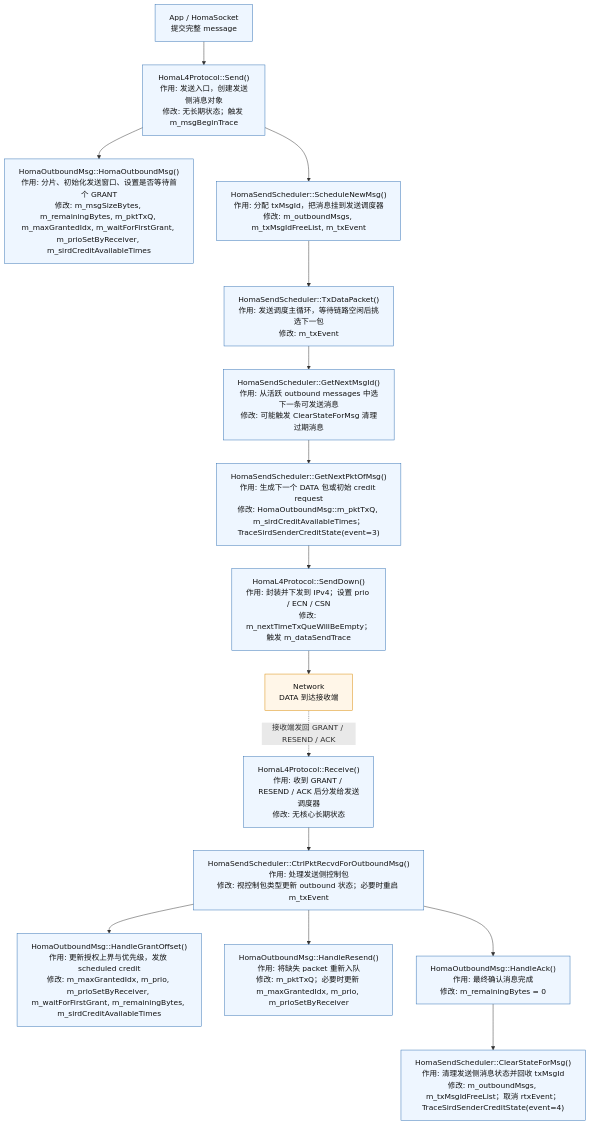
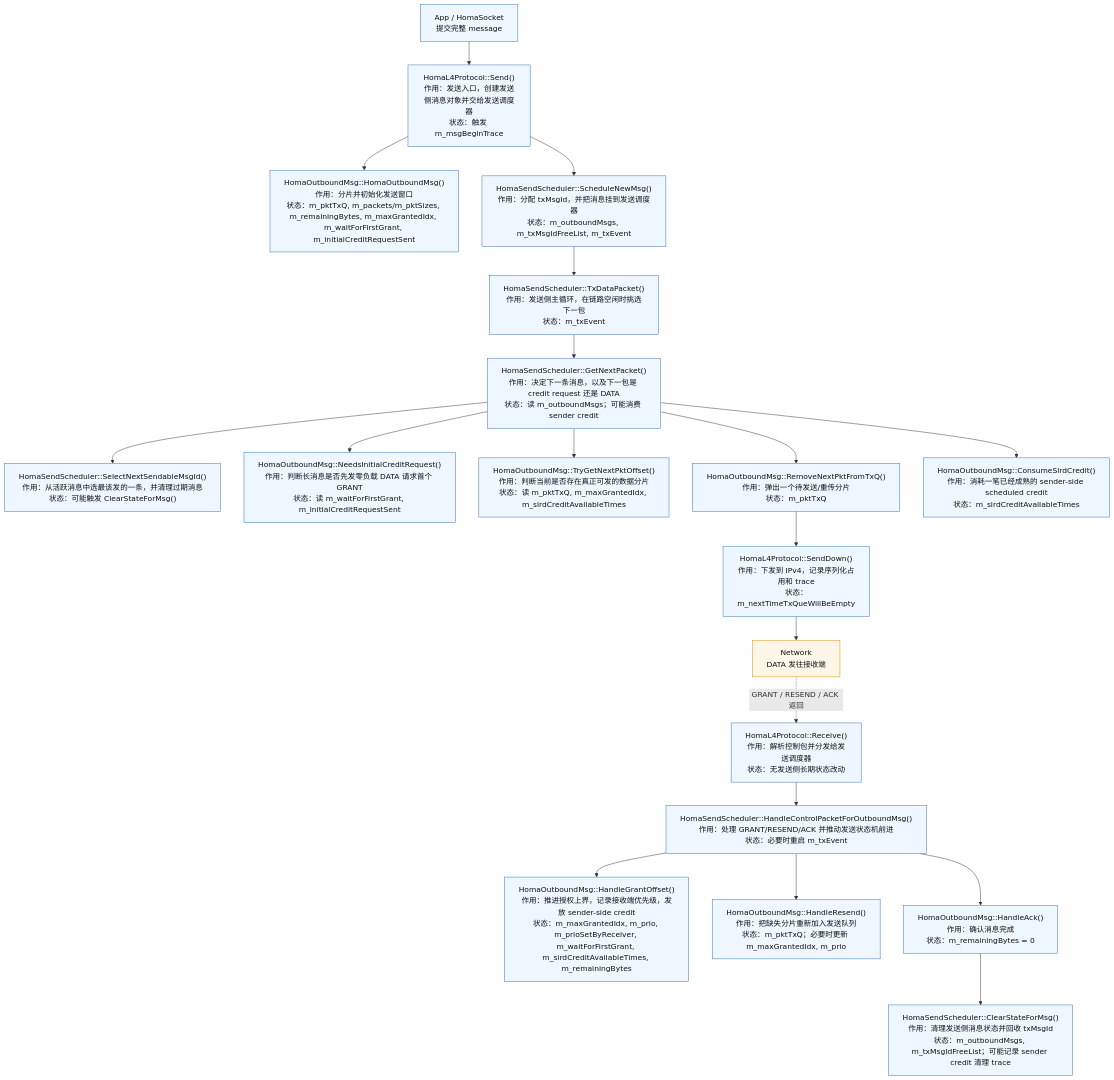
One commit to chendaichun/HomaL4Protocol-ns-3 changed the first of 2 diagrams in docs/homa_send_recv_call_graph_zh.md. Above: the diagram before and after it, drawn with Mermaid. The commit also changed other lines of this file and 57 other files, not shown here.

Commit message:
Refactor Homa protocol and add sim1 RPC experiments

````diff
--- a/docs/homa_send_recv_call_graph_zh.md
+++ b/docs/homa_send_recv_call_graph_zh.md
@@ -22,24 +22,29 @@
 ```mermaid
 flowchart TD
-    A["App / HomaSocket<br/>提交完整 message"] --> B["HomaL4Protocol::Send()<br/>作用: 发送入口，创建发送侧消息对象<br/>修改: 无长期状态；触发 m_msgBeginTrace"]
-    B --> C["HomaOutboundMsg::HomaOutboundMsg()<br/>作用: 分片、初始化发送窗口、设置是否等待首个 GRANT<br/>修改: m_msgSizeBytes, m_remainingBytes, m_pktTxQ, m_maxGrantedIdx, m_waitForFirstGrant, m_prioSetByReceiver, m_sirdCreditAvailableTimes"]
-    B --> D["HomaSendScheduler::ScheduleNewMsg()<br/>作用: 分配 txMsgId，把消息挂到发送调度器<br/>修改: m_outboundMsgs, m_txMsgIdFreeList, m_txEvent"]
-    D --> E["HomaSendScheduler::TxDataPacket()<br/>作用: 发送调度主循环，等待链路空闲后挑选下一包<br/>修改: m_txEvent"]
-    E --> F["HomaSendScheduler::GetNextMsgId()<br/>作用: 从活跃 outbound messages 中选下一条可发送消息<br/>修改: 可能触发 ClearStateForMsg 清理过期消息"]
-    F --> G["HomaSendScheduler::GetNextPktOfMsg()<br/>作用: 生成下一个 DATA 包或初始 credit request<br/>修改: HomaOutboundMsg::m_pktTxQ, m_sirdCreditAvailableTimes；TraceSirdSenderCreditState(event=3)"]
-    G --> H["HomaL4Protocol::SendDown()<br/>作用: 封装并下发到 IPv4；设置 prio / ECN / CSN<br/>修改: m_nextTimeTxQueWillBeEmpty；触发 m_dataSendTrace"]
-    H --> I["Network<br/>DATA 到达接收端"]
+    A["App / HomaSocket<br/>提交完整 message"] --> B["HomaL4Protocol::Send()<br/>作用：发送入口，创建发送侧消息对象并交给发送调度器<br/>状态：触发 m_msgBeginTrace"]
 
-    J["HomaL4Protocol::Receive()<br/>作用: 收到 GRANT / RESEND / ACK 后分发给发送调度器<br/>修改: 无核心长期状态"] --> K["HomaSendScheduler::CtrlPktRecvdForOutboundMsg()<br/>作用: 处理发送侧控制包<br/>修改: 视控制包类型更新 outbound 状态；必要时重启 m_txEvent"]
-    K --> L["HomaOutboundMsg::HandleGrantOffset()<br/>作用: 更新授权上界与优先级，发放 scheduled credit<br/>修改: m_maxGrantedIdx, m_prio, m_prioSetByReceiver, m_waitForFirstGrant, m_remainingBytes, m_sirdCreditAvailableTimes"]
-    K --> M["HomaOutboundMsg::HandleResend()<br/>作用: 将缺失 packet 重新入队<br/>修改: m_pktTxQ；必要时更新 m_maxGrantedIdx, m_prio, m_prioSetByReceiver"]
-    K --> N["HomaOutboundMsg::HandleAck()<br/>作用: 最终确认消息完成<br/>修改: m_remainingBytes = 0"]
-    N --> O["HomaSendScheduler::ClearStateForMsg()<br/>作用: 清理发送侧消息状态并回收 txMsgId<br/>修改: m_outboundMsgs, m_txMsgIdFreeList；取消 rtxEvent；TraceSirdSenderCreditState(event=4)"]
+    B --> C["HomaOutboundMsg::HomaOutboundMsg()<br/>作用：分片并初始化发送窗口<br/>状态：m_pktTxQ, m_packets/m_pktSizes, m_remainingBytes, m_maxGrantedIdx, m_waitForFirstGrant, m_initialCreditRequestSent"]
+    B --> D["HomaSendScheduler::ScheduleNewMsg()<br/>作用：分配 txMsgId，并把消息挂到发送调度器<br/>状态：m_outboundMsgs, m_txMsgIdFreeList, m_txEvent"]
 
-    I -. "接收端发回 GRANT / RESEND / ACK" .-> J
+    D --> E["HomaSendScheduler::TxDataPacket()<br/>作用：发送侧主循环，在链路空闲时挑选下一包<br/>状态：m_txEvent"]
+    E --> F["HomaSendScheduler::GetNextPacket()<br/>作用：决定下一条消息，以及下一包是 credit request 还是 DATA<br/>状态：读 m_outboundMsgs；可能消费 sender credit"]
+    F --> G["HomaSendScheduler::SelectNextSendableMsgId()<br/>作用：从活跃消息中选最该发的一条，并清理过期消息<br/>状态：可能触发 ClearStateForMsg()"]
+    F --> H["HomaOutboundMsg::NeedsInitialCreditRequest()<br/>作用：判断长消息是否先发零负载 DATA 请求首个 GRANT<br/>状态：读 m_waitForFirstGrant, m_initialCreditRequestSent"]
+    F --> I["HomaOutboundMsg::TryGetNextPktOffset()<br/>作用：判断当前是否存在真正可发的数据分片<br/>状态：读 m_pktTxQ, m_maxGrantedIdx, m_sirdCreditAvailableTimes"]
+    F --> J["HomaOutboundMsg::RemoveNextPktFromTxQ()<br/>作用：弹出一个待发送/重传分片<br/>状态：m_pktTxQ"]
+    F --> K["HomaOutboundMsg::ConsumeSirdCredit()<br/>作用：消耗一笔已经成熟的 sender-side scheduled credit<br/>状态：m_sirdCreditAvailableTimes"]
+    J --> L["HomaL4Protocol::SendDown()<br/>作用：下发到 IPv4，记录序列化占用和 trace<br/>状态：m_nextTimeTxQueWillBeEmpty"]
+    L --> M["Network<br/>DATA 发往接收端"]
+
+    M -. "GRANT / RESEND / ACK 返回" .-> N["HomaL4Protocol::Receive()<br/>作用：解析控制包并分发给发送调度器<br/>状态：无发送侧长期状态改动"]
+    N --> O["HomaSendScheduler::HandleControlPacketForOutboundMsg()<br/>作用：处理 GRANT/RESEND/ACK 并推动发送状态机前进<br/>状态：必要时重启 m_txEvent"]
+    O --> P["HomaOutboundMsg::HandleGrantOffset()<br/>作用：推进授权上界，记录接收端优先级，发放 sender-side credit<br/>状态：m_maxGrantedIdx, m_prio, m_prioSetByReceiver, m_waitForFirstGrant, m_sirdCreditAvailableTimes, m_remainingBytes"]
+    O --> Q["HomaOutboundMsg::HandleResend()<br/>作用：把缺失分片重新加入发送队列<br/>状态：m_pktTxQ；必要时更新 m_maxGrantedIdx, m_prio"]
+    O --> R["HomaOutboundMsg::HandleAck()<br/>作用：确认消息完成<br/>状态：m_remainingBytes = 0"]
+    R --> S["HomaSendScheduler::ClearStateForMsg()<br/>作用：清理发送侧消息状态并回收 txMsgId<br/>状态：m_outboundMsgs, m_txMsgIdFreeList；可能记录 sender credit 清理 trace"]
 
     classDef sender fill:#eef6ff,stroke:#2f6fb3,stroke-width:1px,color:#111;
     classDef network fill:#fff6e8,stroke:#d88900,stroke-width:1px,color:#111;
-    class A,B,C,D,E,F,G,H,J,K,L,M,N,O sender;
-    class I network;
+    class A,B,C,D,E,F,G,H,I,J,K,L,N,O,P,Q,R,S sender;
+    class M network;
 ```
````
